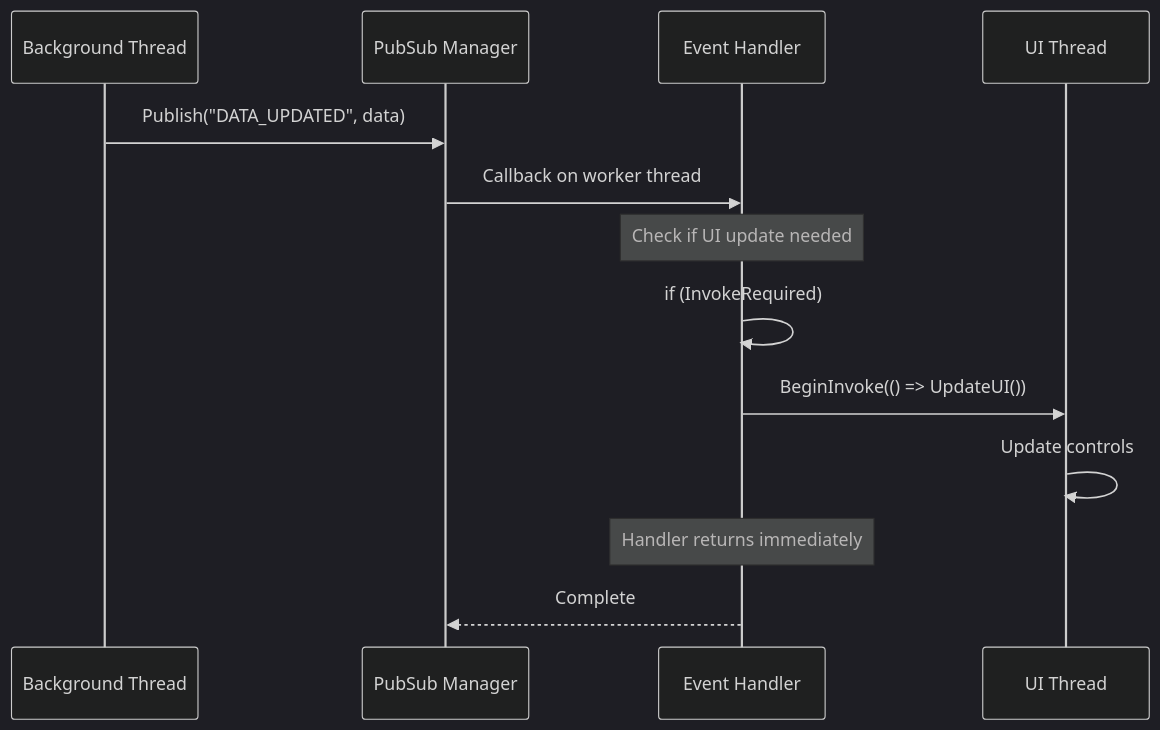
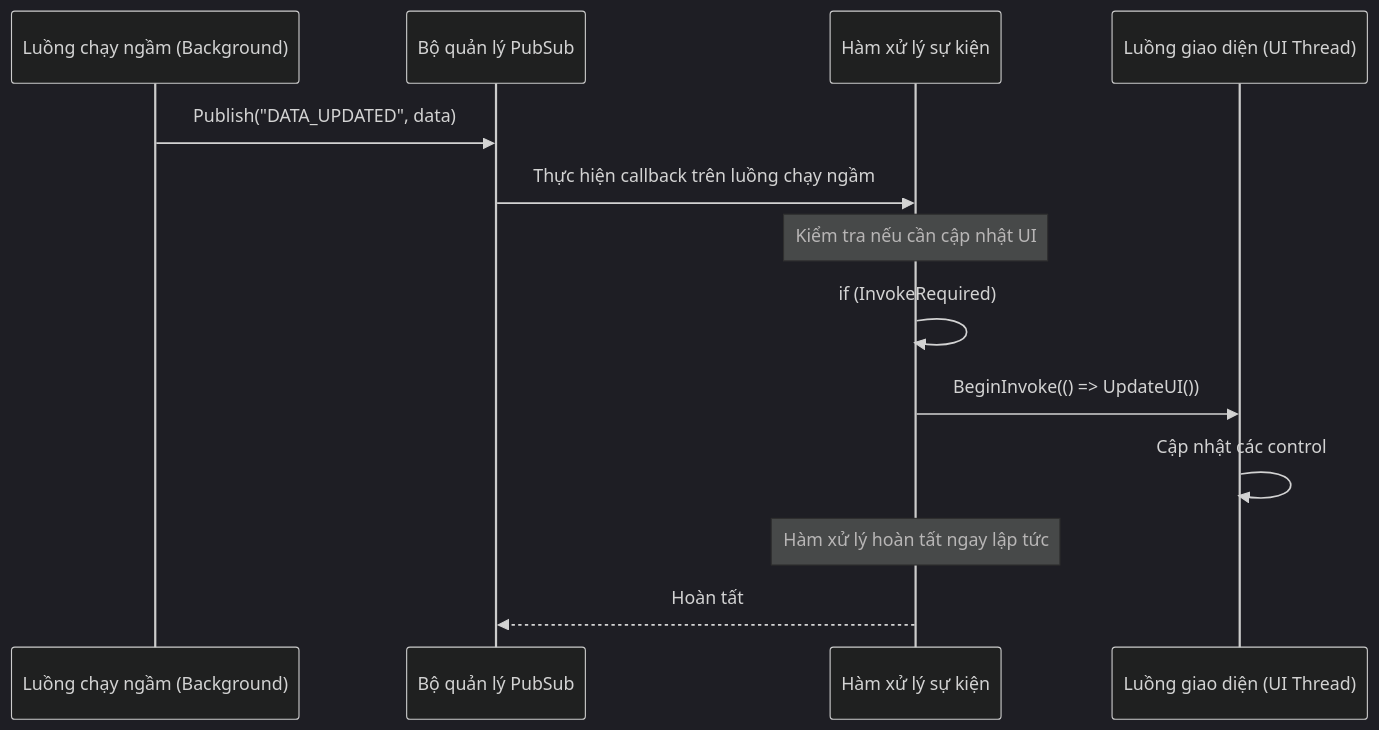
Before and after one commit to thangpnb/HIS: the seventh of 32 diagrams in docs/his-ba-documentation/04-integrations/notifications-events.md, drawn with Mermaid (dark theme). The commit also changed other lines of this file and 30 other files, not shown here.

Commit message:
Refactor architecture docs and update translations

````diff
--- a/docs/his-ba-documentation/04-integrations/notifications-events.md
+++ b/docs/his-ba-documentation/04-integrations/notifications-events.md
@@ -404,19 +404,19 @@
 ```mermaid
 sequenceDiagram
-    participant Worker as Background Thread
-    participant PubSub as PubSub Manager
-    participant Handler as Event Handler
-    participant UI as UI Thread
+    participant Worker as Luồng chạy ngầm (Background)
+    participant PubSub as Bộ quản lý PubSub
+    participant Handler as Hàm xử lý sự kiện
+    participant UI as Luồng giao diện (UI Thread)
     
     Worker->>PubSub: Publish("DATA_UPDATED", data)
-    PubSub->>Handler: Callback on worker thread
+    PubSub->>Handler: Thực hiện callback trên luồng chạy ngầm
     
-    Note over Handler: Check if UI update needed
+    Note over Handler: Kiểm tra nếu cần cập nhật UI
     Handler->>Handler: if (InvokeRequired)
     
     Handler->>UI: BeginInvoke(() => UpdateUI())
-    UI->>UI: Update controls
+    UI->>UI: Cập nhật các control
     
-    Note over Handler: Handler returns immediately
-    Handler-->>PubSub: Complete
+    Note over Handler: Hàm xử lý hoàn tất ngay lập tức
+    Handler-->>PubSub: Hoàn tất
 ```
````
